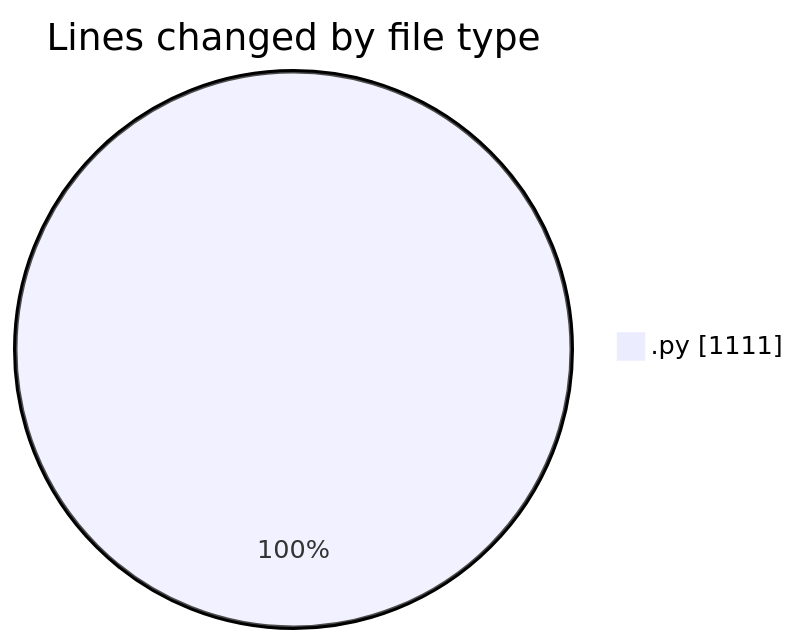
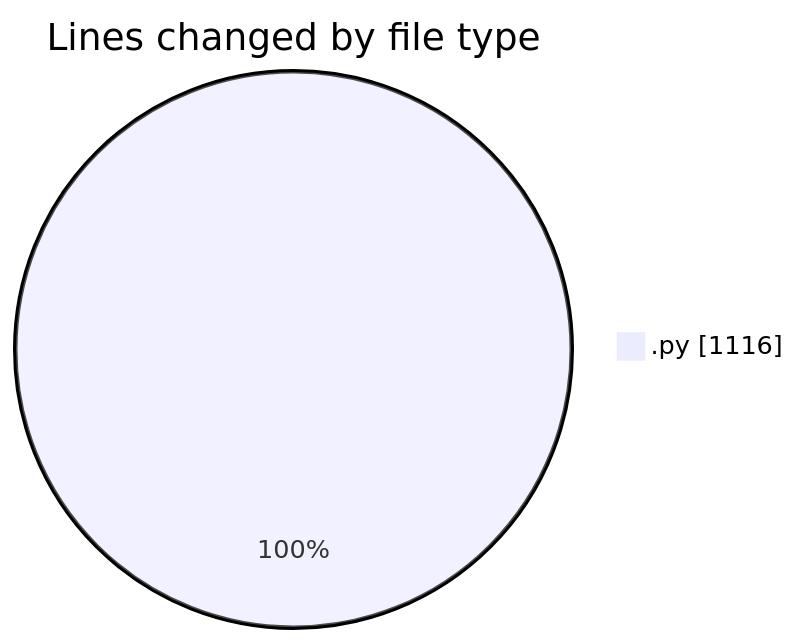
The first of 2 diagrams in 2025-07-02/cursor/README.md (FelipKnott/code-tracking), drawn with Mermaid before and after one commit. The commit also changed other lines of this file and 1 other file, not shown here.

````diff
--- a/2025-07-02/cursor/README.md
+++ b/2025-07-02/cursor/README.md
@@ -23,5 +23,5 @@
 ```mermaid
 pie showData
 title Lines changed by file type
-".py" : 1111
+".py" : 1116
 ```
````
